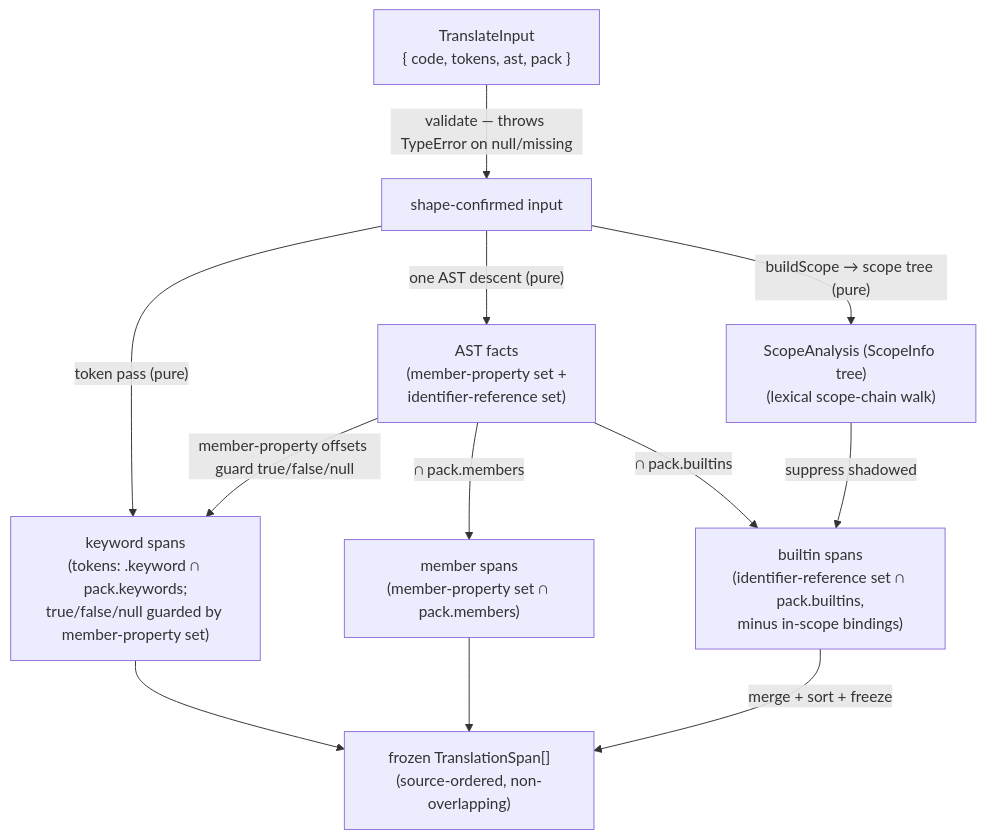
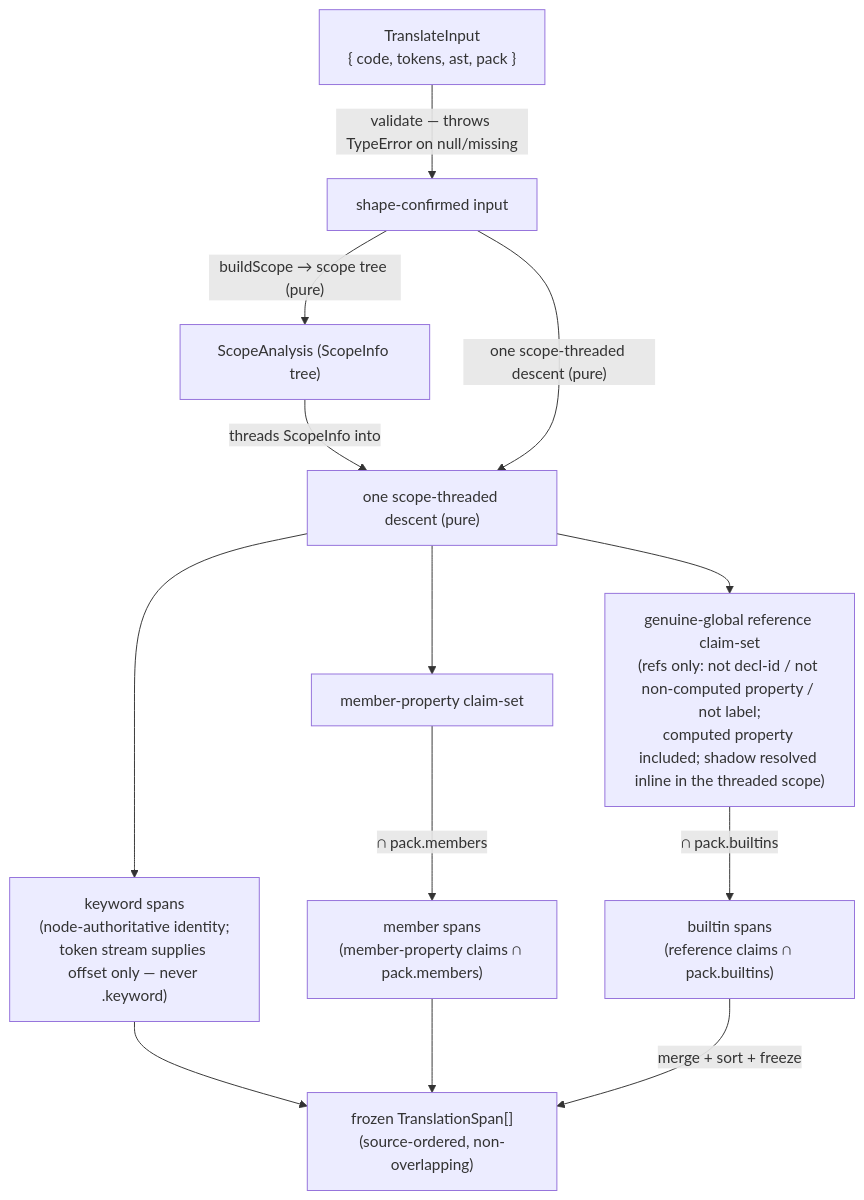
The first of 2 diagrams in src/lib/study-lenses/lib/translating/DOCS.md (codeschoolinabox/curricula), drawn with Mermaid before and after one commit. The commit also changed other lines of this file and 2 other files, not shown here.

First line of the commit message:
docs: redesign translate-tokens trigger — node-authoritative keyword identity (supersedes D4/D8)

````diff
--- a/src/lib/study-lenses/lib/translating/DOCS.md
+++ b/src/lib/study-lenses/lib/translating/DOCS.md
@@ -88,23 +99,26 @@
 ```mermaid
 flowchart TD
     In["TranslateInput<br/>{ code, tokens, ast, pack }"]
     Shaped["shape-confirmed input"]
-    Facts["AST facts<br/>(member-property set +<br/>identifier-reference set)"]
-    Decls["ScopeAnalysis (ScopeInfo tree)<br/>(lexical scope-chain walk)"]
-    KW["keyword spans<br/>(tokens: .keyword ∩ pack.keywords;<br/>true/false/null guarded by member-property set)"]
-    Mem["member spans<br/>(member-property set ∩ pack.members)"]
-    Bi["builtin spans<br/>(identifier-reference set ∩ pack.builtins,<br/>minus in-scope bindings)"]
+    Decls["ScopeAnalysis (ScopeInfo tree)"]
+    Walk["one scope-threaded descent (pure)"]
+    KW["keyword spans<br/>(node-authoritative identity;<br/>token stream supplies offset only — never .keyword)"]
+    MC["member-property claim-set"]
+    RC["genuine-global reference claim-set<br/>(refs only: not decl-id / not non-computed property / not label;<br/>computed property included; shadow resolved inline in the threaded scope)"]
+    Mem["member spans<br/>(member-property claims ∩ pack.members)"]
+    Bi["builtin spans<br/>(reference claims ∩ pack.builtins)"]
     Out["frozen TranslationSpan[]<br/>(source-ordered, non-overlapping)"]
 
     In -->|"validate — throws TypeError on null/missing"| Shaped
-    Shaped -->|"one AST descent (pure)"| Facts
     Shaped -->|"buildScope → scope tree (pure)"| Decls
-    Shaped -->|"token pass (pure)"| KW
-    Facts -->|"member-property offsets guard true/false/null"| KW
-    Facts -->|"∩ pack.members"| Mem
-    Facts -->|"∩ pack.builtins"| Bi
-    Decls -->|"suppress shadowed"| Bi
+    Decls -->|"threads ScopeInfo into"| Walk
+    Shaped -->|"one scope-threaded descent (pure)"| Walk
+    Walk --> KW
+    Walk --> MC
+    Walk --> RC
+    MC -->|"∩ pack.members"| Mem
+    RC -->|"∩ pack.builtins"| Bi
     KW --> Out
     Mem --> Out
     Bi -->|"merge + sort + freeze"| Out
 ```
````
